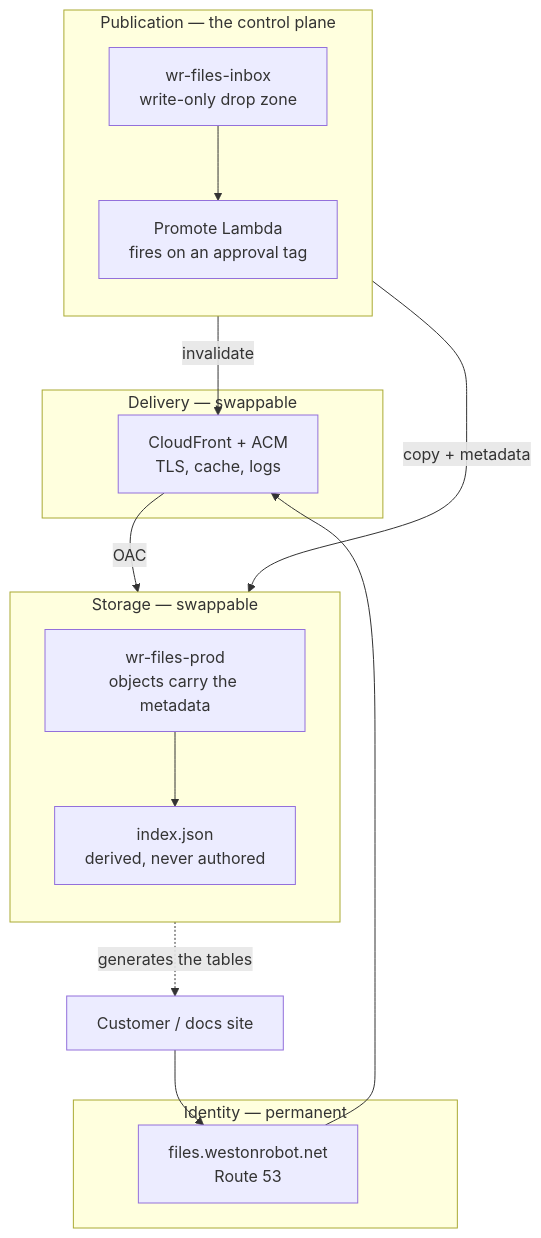
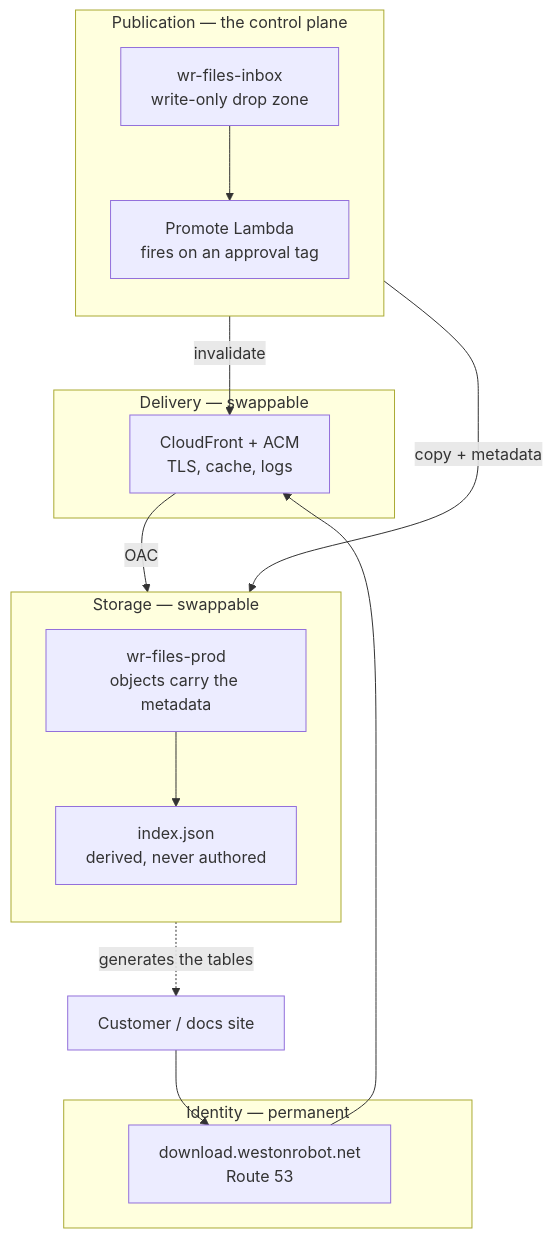
Before and after one commit to westonrobot/docs: the diagram in docs/design/file-hosting.md, drawn with Mermaid. The commit also changed other lines of this file and 10 other files, not shown here.

First line of the commit message:
docs(adr): the hostname is download.westonrobot.net

````diff
--- a/docs/design/file-hosting.md
+++ b/docs/design/file-hosting.md
@@ -23,22 +23,22 @@
 ```mermaid
 flowchart TB
   C[Customer / docs site]
   subgraph IDENT[Identity — permanent]
-    DNS["files.westonrobot.net<br/>Route 53"]
+    DNS["download.westonrobot.net<br/>Route 53"]
   end
   subgraph DELIV[Delivery — swappable]
     CF["CloudFront + ACM<br/>TLS, cache, logs"]
   end
   subgraph STORE[Storage — swappable]
     direction TB
     S3["wr-files-prod<br/>objects carry the metadata"] --> IDX["index.json<br/>derived, never authored"]
   end
   subgraph PUB[Publication — the control plane]
     direction TB
     IN["wr-files-inbox<br/>write-only drop zone"] --> LAM["Promote Lambda<br/>fires on an approval tag"]
   end
   C --> DNS --> CF -->|OAC| S3
   LAM -->|copy + metadata| S3
   LAM -->|invalidate| CF
   IDX -.->|generates the tables| C
 ```
````
